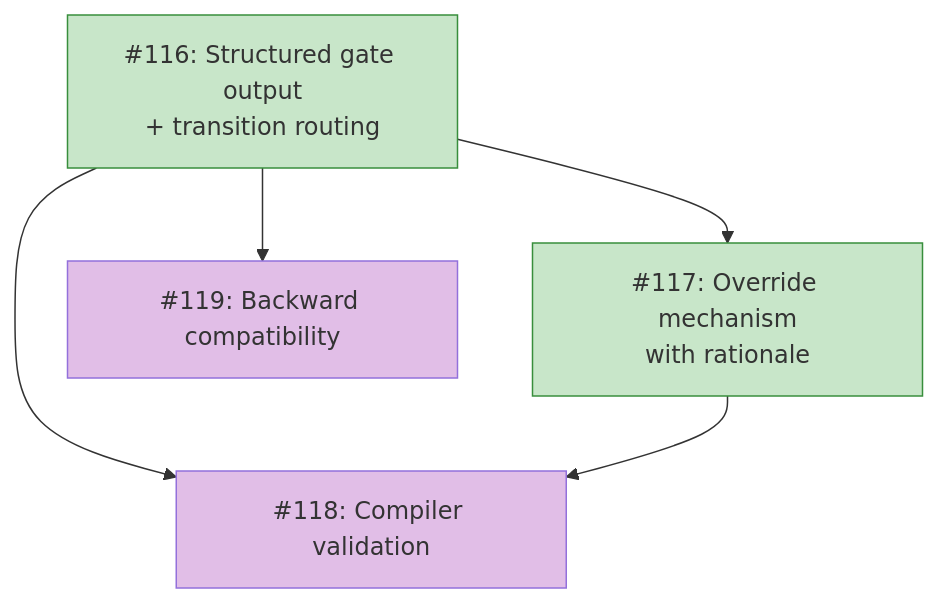
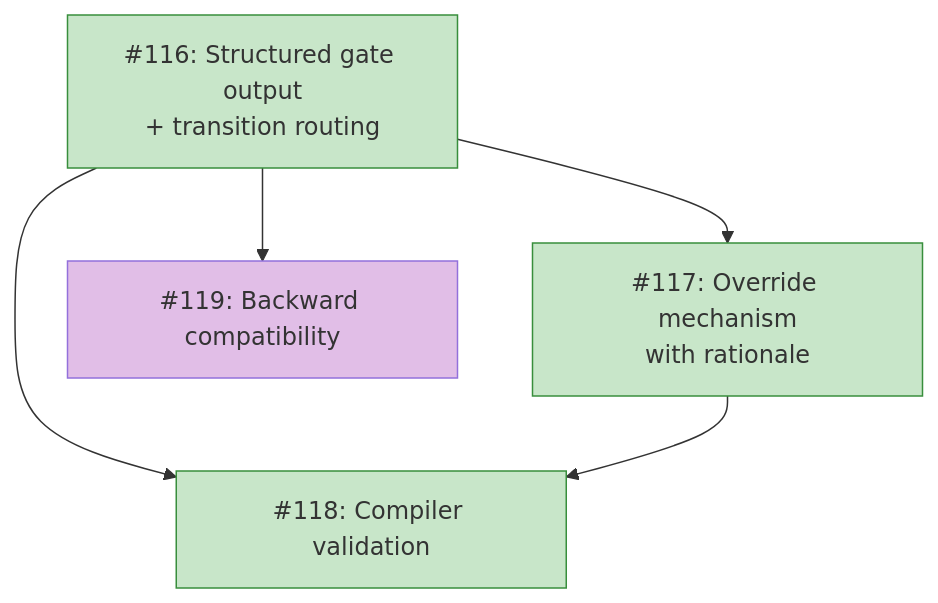
One commit to tsukumogami/koto changed the diagram in docs/roadmaps/ROADMAP-gate-transition-contract.md. Above: the diagram before and after it, drawn with Mermaid. The commit also changed other lines of this file, not shown here.

Commit message:
docs(roadmap): mark #118 complete in issues table and dependency graph

````diff
--- a/docs/roadmaps/ROADMAP-gate-transition-contract.md
+++ b/docs/roadmaps/ROADMAP-gate-transition-contract.md
@@ -176,17 +176,17 @@
 ```mermaid
 graph TD
     I116["#116: Structured gate output<br/>+ transition routing"]
     I117["#117: Override mechanism<br/>with rationale"]
     I118["#118: Compiler validation"]
     I119["#119: Backward compatibility"]
 
     I116 --> I117
     I116 --> I118
     I117 --> I118
     I116 --> I119
 
     classDef needsDesign fill:#e1bee7
     classDef done fill:#c8e6c9,stroke:#388e3c
-    class I118,I119 needsDesign
-    class I116,I117 done
+    class I119 needsDesign
+    class I116,I117,I118 done
 ```
````
